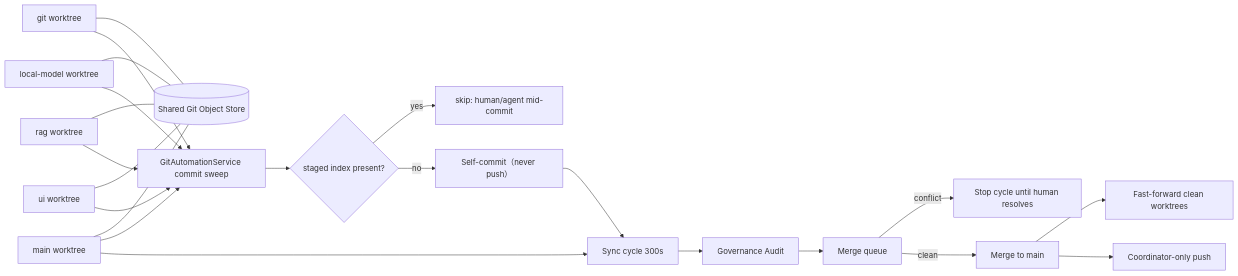
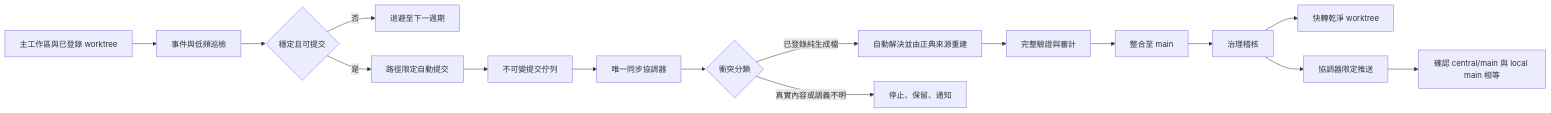
One commit to guilty442-source/GPTBridge changed the diagram in governance_rule/codex/architecture-git.md. Above: the diagram before and after it, drawn with Mermaid. The commit also changed other lines of this file and 43 other files, not shown here.

````diff
--- a/governance_rule/codex/architecture-git.md
+++ b/governance_rule/codex/architecture-git.md
@@ -3,25 +3,18 @@
 ```mermaid
 flowchart LR
-  O[(Shared Git Object Store)]
-  MAIN[main worktree] --- O
-  WG[git worktree] --- O
-  WL[local-model worktree] --- O
-  WR[rag worktree] --- O
-  WU[ui worktree] --- O
-  WG --> SWEEP[GitAutomationService commit sweep]
-  WL --> SWEEP
-  WR --> SWEEP
-  WU --> SWEEP
-  MAIN --> SWEEP
-  SWEEP --> GUARD{staged index present?}
-  GUARD -->|yes| SKIP[skip: human/agent mid-commit]
-  GUARD -->|no| COMMIT[Self-commit（never push）]
-  COMMIT --> SYNC[Sync cycle 300s]
-  MAIN --> SYNC
-  SYNC --> AUDIT[Governance Audit]
-  AUDIT --> MQ[Merge queue]
-  MQ -->|conflict| STOP[Stop cycle until human resolves]
-  MQ -->|clean| MERGE[Merge to main]
-  MERGE --> FF[Fast-forward clean worktrees]
-  MERGE --> PUSH[Coordinator-only push]
+  W[主工作區與已登錄 worktree] --> E[事件與低頻巡檢]
+  E --> D{穩定且可提交}
+  D -->|否| WAIT[退避至下一週期]
+  D -->|是| C[路徑限定自動提交]
+  C --> Q[不可變提交佇列]
+  Q --> M[唯一同步協調器]
+  M --> X{衝突分類}
+  X -->|已登錄純生成檔| G[自動解決並由正典來源重建]
+  G --> V[完整驗證與審計]
+  X -->|真實內容或語義不明| S[停止、保留、通知]
+  V --> I[整合至 main]
+  I --> A[治理稽核]
+  A --> F[快轉乾淨 worktree]
+  A --> P[協調器限定推送]
+  P --> R[確認 central/main 與 local main 相等]
 ```
````
